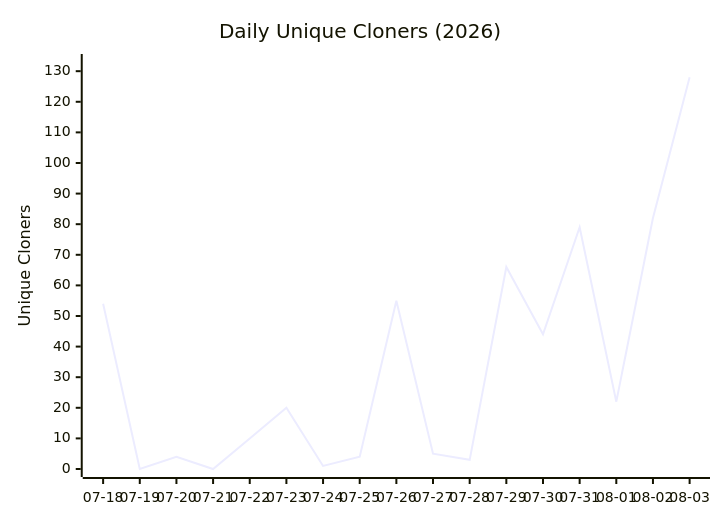
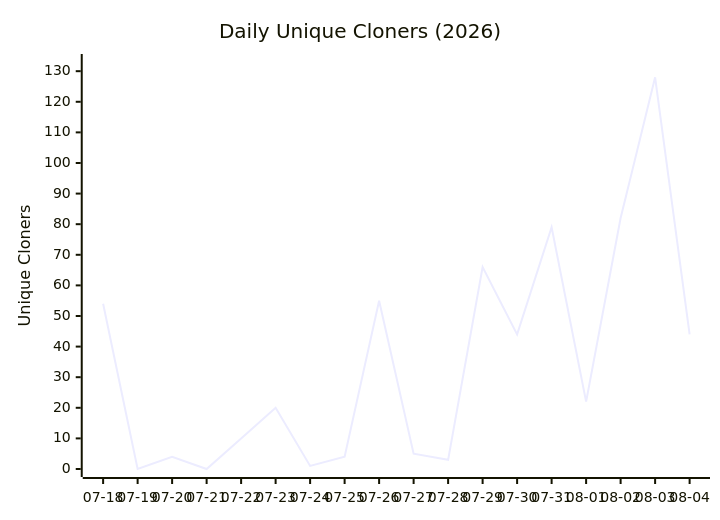
Before and after one commit to Architect-HA/Humai-Accord: the second of 4 diagrams in data/TRAFFIC_REPORT.md, drawn with Mermaid. The commit also changed other lines of this file and 1 other file, not shown here.

````diff
--- a/data/TRAFFIC_REPORT.md
+++ b/data/TRAFFIC_REPORT.md
@@ -22,7 +22,7 @@
 ```mermaid
 xychart-beta
     title "Daily Unique Cloners (2026)"
-    x-axis ["07-18", "07-19", "07-20", "07-21", "07-22", "07-23", "07-24", "07-25", "07-26", "07-27", "07-28", "07-29", "07-30", "07-31", "08-01", "08-02", "08-03"]
+    x-axis ["07-18", "07-19", "07-20", "07-21", "07-22", "07-23", "07-24", "07-25", "07-26", "07-27", "07-28", "07-29", "07-30", "07-31", "08-01", "08-02", "08-03", "08-04"]
     y-axis "Unique Cloners" 0 --> 133
-    line [54, 0, 4, 0, 10, 20, 1, 4, 55, 5, 3, 66, 44, 79, 22, 82, 128]
+    line [54, 0, 4, 0, 10, 20, 1, 4, 55, 5, 3, 66, 44, 79, 22, 82, 128, 44]
 ```
````
